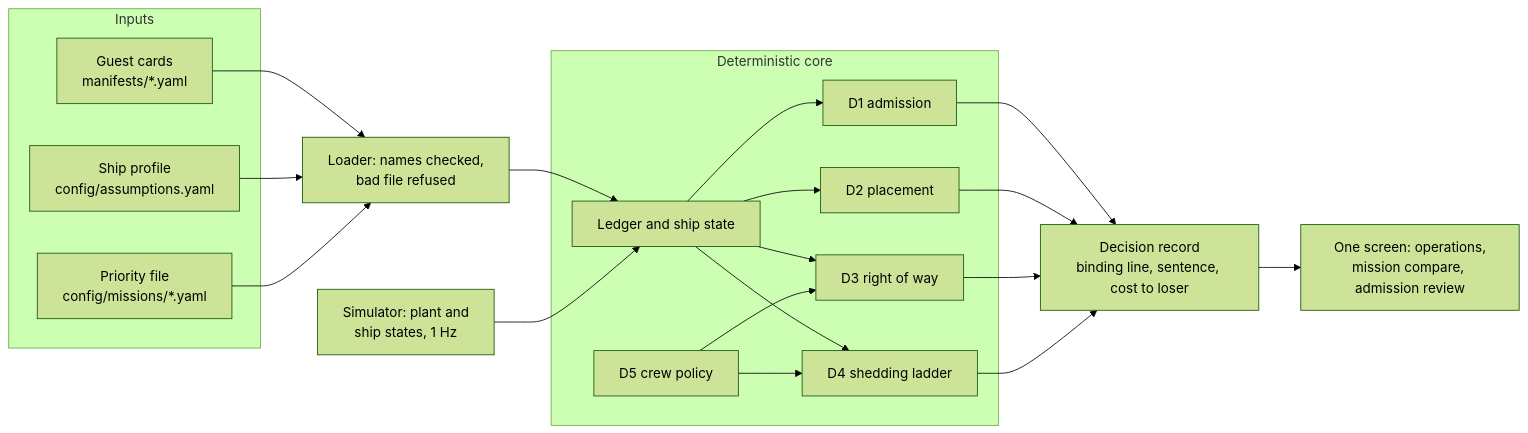
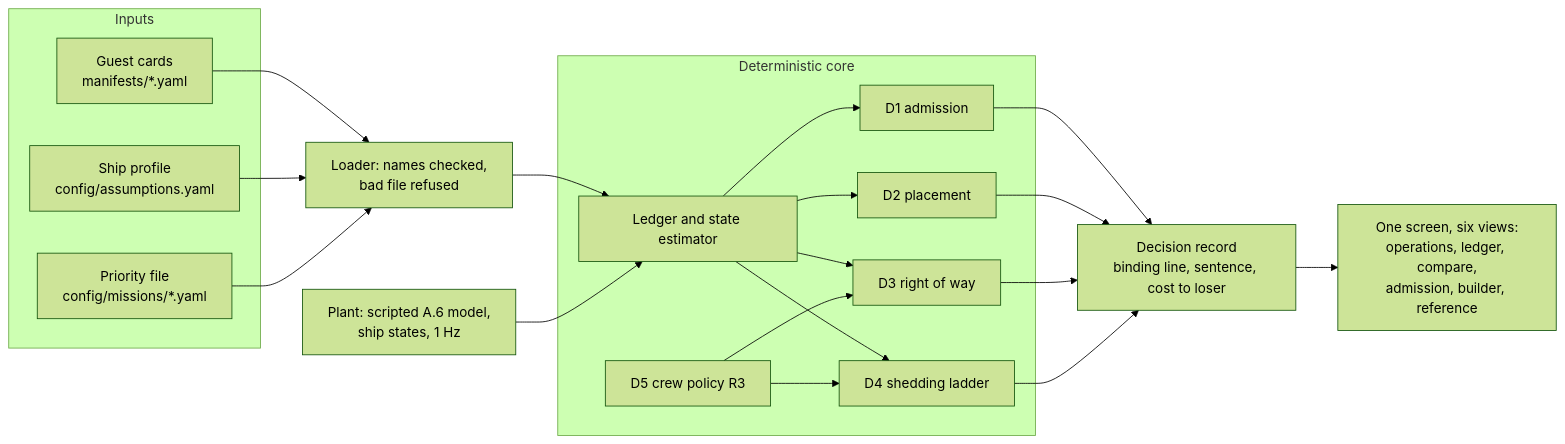
Before and after one commit to sidd91/softwareDefinedVessels: the diagram in README.md, drawn with Mermaid (forest theme). The commit also changed other lines of this file and 27 other files, not shown here.

````diff
--- a/README.md
+++ b/README.md
@@ -53,25 +44,25 @@
 ```mermaid
 flowchart LR
   subgraph Inputs
     M[Guest cards<br/>manifests/*.yaml]
     A[Ship profile<br/>config/assumptions.yaml]
     P[Priority file<br/>config/missions/*.yaml]
   end
   LD[Loader: names checked,<br/>bad file refused]
-  E[Simulator: plant and<br/>ship states, 1 Hz]
+  E[Plant: scripted A.6 model,<br/>ship states, 1 Hz]
   subgraph Core[Deterministic core]
-    L[Ledger and ship state]
+    L[Ledger and state estimator]
     D1[D1 admission]
     D2[D2 placement]
     D3[D3 right of way]
     D4[D4 shedding ladder]
-    D5[D5 crew policy]
+    D5[D5 crew policy R3]
   end
   R[Decision record<br/>binding line, sentence, cost to loser]
-  S[One screen: operations,<br/>mission compare, admission review]
+  S[One screen, six views:<br/>operations, ledger, compare,<br/>admission, builder, reference]
   M & A & P --> LD --> L
   E --> L
   L --> D1 & D2 & D3 & D4
   D5 --> D3 & D4
   D1 & D2 & D3 & D4 --> R --> S
 ```
````
